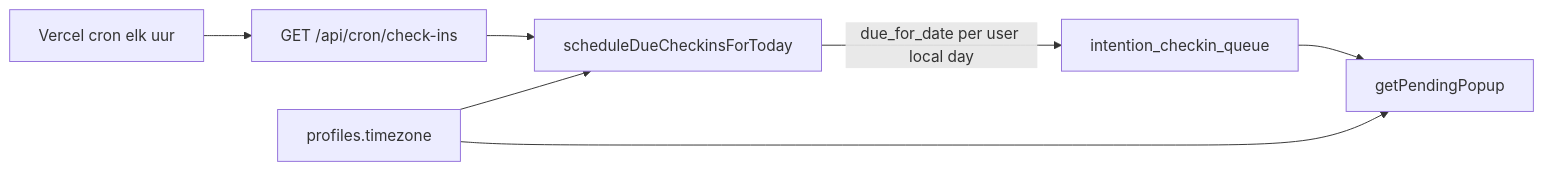
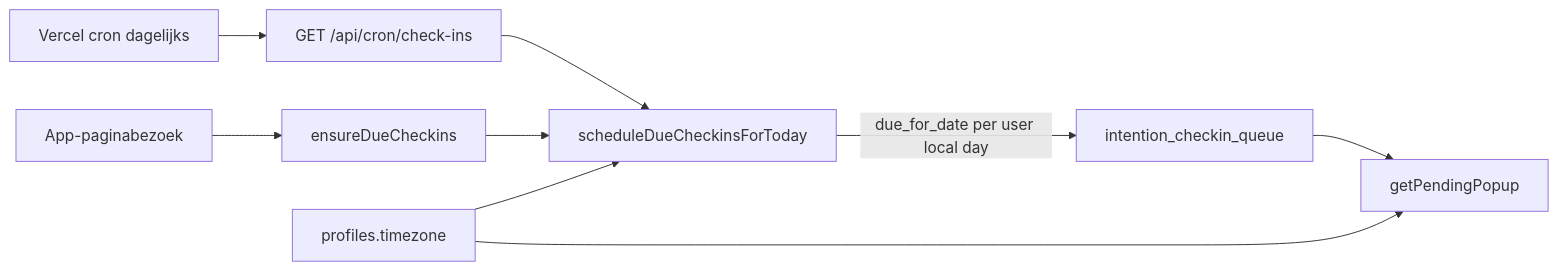
The diagram in .cursor/plans/timezone-aware-cron.md (tessavermeulen07/lumina), drawn with Mermaid before and after one commit. The commit also changed other lines of this file and 4 other files, not shown here.

Commit message:
fix: use hybrid check-in scheduling for Vercel Hobby cron limit

````diff
--- a/.cursor/plans/timezone-aware-cron.md
+++ b/.cursor/plans/timezone-aware-cron.md
@@ -37,14 +37,17 @@
 ```mermaid
 flowchart LR
-  HourlyCron["Vercel cron elk uur"]
+  DailyCron["Vercel cron dagelijks"]
+  AppVisit["App-paginabezoek"]
   Route["GET /api/cron/check-ins"]
+  EnsureDue["ensureDueCheckins"]
   Scheduler["scheduleDueCheckinsForToday"]
   Profiles["profiles.timezone"]
   Queue["intention_checkin_queue"]
   Popup["getPendingPopup"]
-  HourlyCron --> Route --> Scheduler
+  DailyCron --> Route --> Scheduler
+  AppVisit --> EnsureDue --> Scheduler
   Profiles --> Scheduler
   Scheduler -->|"due_for_date per user local day"| Queue
   Profiles --> Popup
   Queue --> Popup
 ```
````
